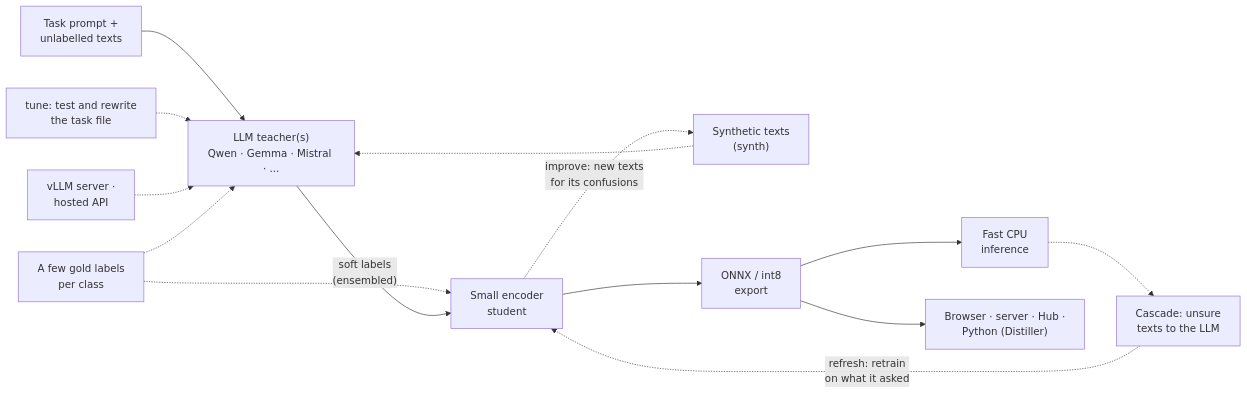
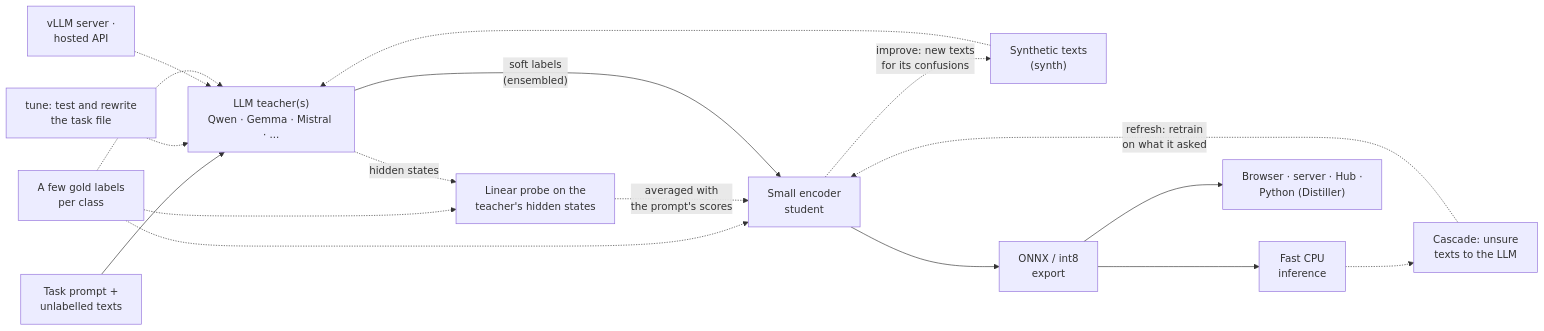
One commit to Andreas-Hum/tinydistill changed the diagram in docs/index.md. Above: the diagram before and after it, drawn with Mermaid. The commit also changed 2 other files, not shown here.

Commit message:
Show the probe in the How it works flowchart
The README's copy also gets the docs' teacher list and tune description.

````diff
--- a/docs/index.md
+++ b/docs/index.md
@@ -56,16 +56,19 @@
 ```mermaid
 flowchart LR
     A["Task prompt +<br/>unlabelled texts"] --> B["LLM teacher(s)<br/>Qwen · Gemma · Mistral · ..."]
     T["tune: test and rewrite<br/>the task file"] -.-> B
     S["Synthetic texts<br/>(synth)"] -.-> B
     V["vLLM server ·<br/>hosted API"] -.-> B
     K["A few gold labels<br/>per class"] -.-> B
     K -.-> C
+    K -.-> P["Linear probe on the<br/>teacher's hidden states"]
+    B -. "hidden states" .-> P
+    P -. "averaged with<br/>the prompt's scores" .-> C
     B -- "soft labels<br/>(ensembled)" --> C["Small encoder<br/>student"]
     C --> D["ONNX / int8<br/>export"]
     D --> E["Fast CPU<br/>inference"]
     D --> W["Browser · server · Hub ·<br/>Python (Distiller)"]
     E -.-> F["Cascade: unsure<br/>texts to the LLM"]
     F -. "refresh: retrain<br/>on what it asked" .-> C
     C -. "improve: new texts<br/>for its confusions" .-> S
 ```
````
